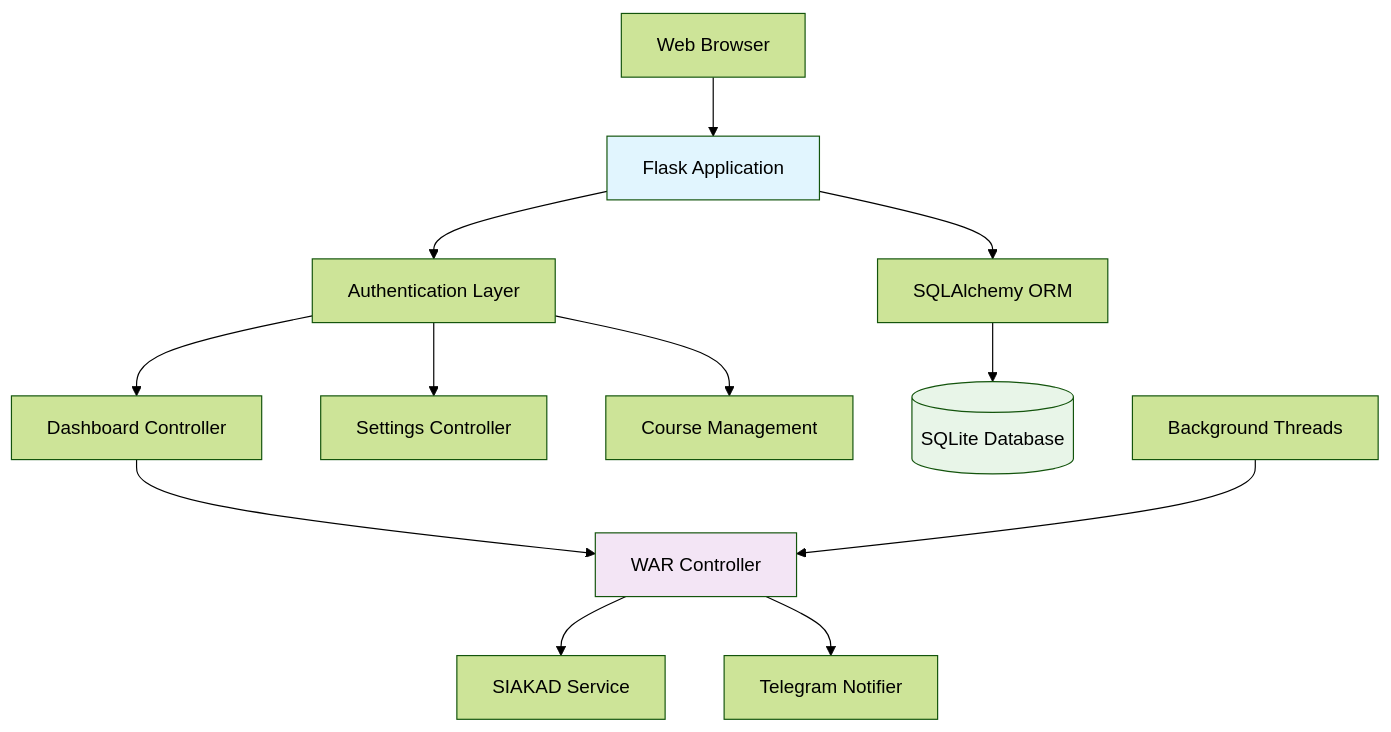
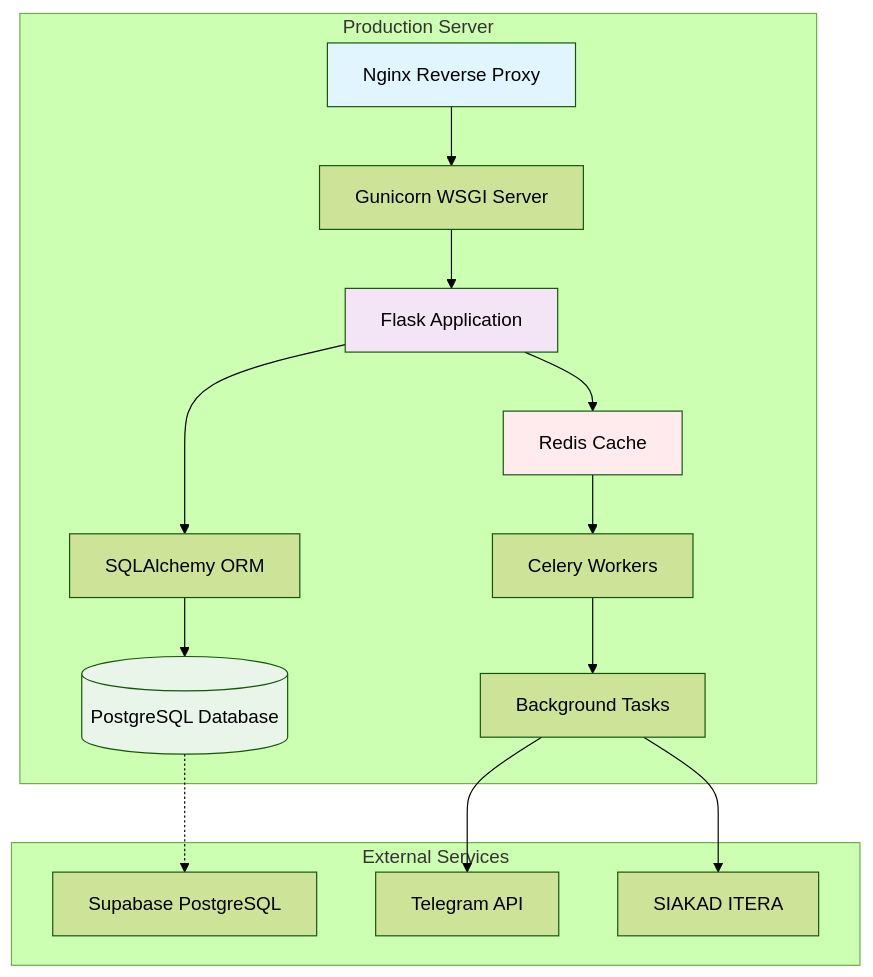
One commit to EgiStr/itera-warkrs-siakad-flask changed the first of 14 diagrams in README.md. Above: the diagram before and after it, drawn with Mermaid (forest theme). The commit also changed other lines of this file, not shown here.

````diff
--- a/README.md
+++ b/README.md
@@ -53,21 +88,28 @@
 ```mermaid
 graph TB
-    A[Web Browser] --> B[Flask Application]
-    B --> C[Authentication Layer]
-    C --> D[Dashboard Controller]
-    C --> E[Settings Controller]
-    C --> F[Course Management]
+    subgraph "Production Server"
+        A[Nginx Reverse Proxy] --> B[Gunicorn WSGI Server]
+        B --> C[Flask Application]
+        C --> D[SQLAlchemy ORM]
+        D --> E[(PostgreSQL Database)]
+        
+        C --> F[Redis Cache]
+        F --> G[Celery Workers]
+        G --> H[Background Tasks]
+    end
     
-    D --> G[WAR Controller]
-    G --> H[SIAKAD Service]
-    G --> I[Telegram Notifier]
+    subgraph "External Services"
+        I[Supabase PostgreSQL]
+        J[Telegram API]
+        K[SIAKAD ITERA]
+    end
     
-    B --> J[SQLAlchemy ORM]
-    J --> K[(SQLite Database)]
+    E -.-> I
+    H --> J
+    H --> K
     
-    L[Background Threads] --> G
-    
-    style B fill:#e1f5fe
-    style G fill:#f3e5f5
-    style K fill:#e8f5e8
+    style A fill:#e1f5fe
+    style C fill:#f3e5f5
+    style E fill:#e8f5e8
+    style F fill:#ffebee
 ```
````
